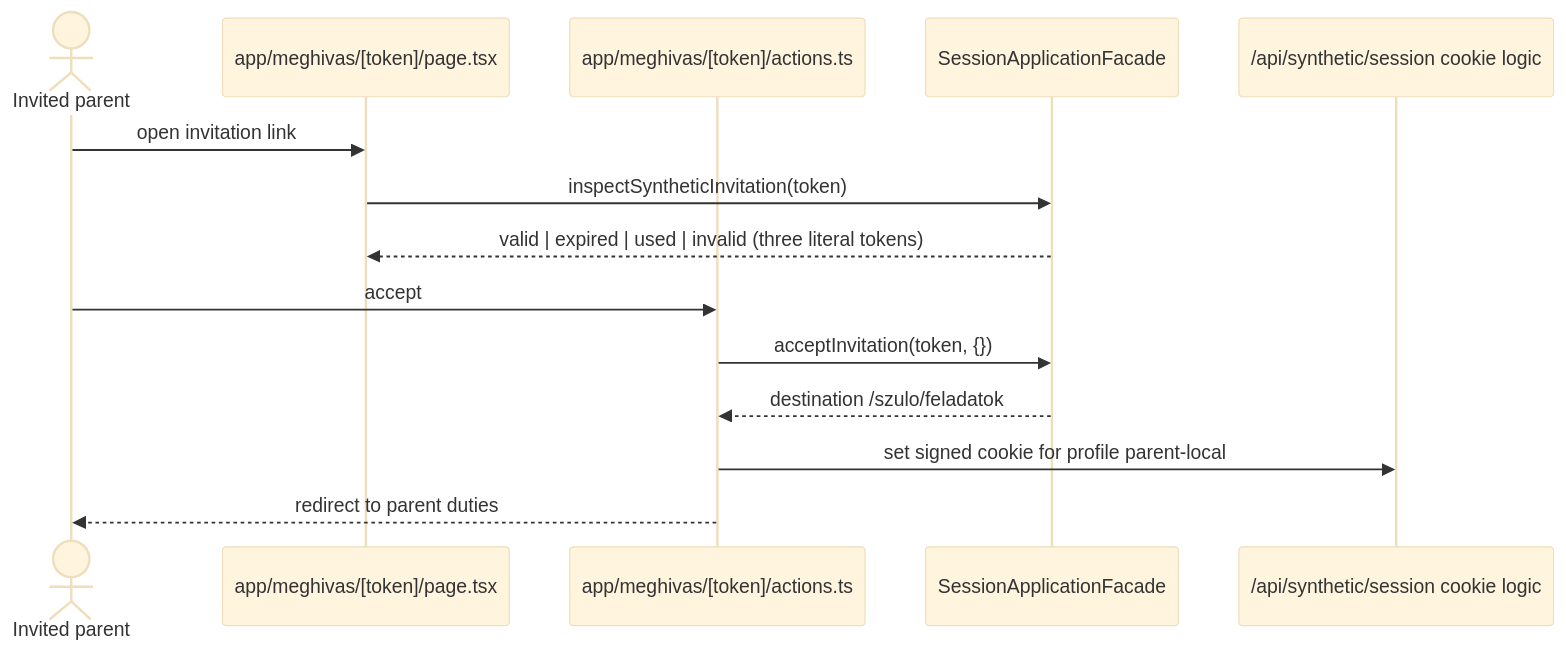
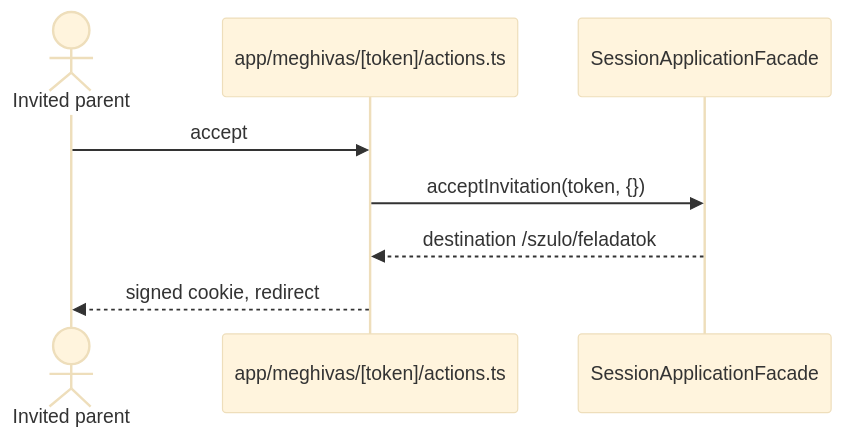
One commit to bbotond83/waldorf-community-task-manager changed the fifth of 6 diagrams in aidlc/spaces/default/codekb/waldorf-community-task-manager/architecture.md. Above: the diagram before and after it, drawn with Mermaid (base theme). The commit also changed other lines of this file and 33 other files, not shown here.

````diff
--- a/aidlc/spaces/default/codekb/waldorf-community-task-manager/architecture.md
+++ b/aidlc/spaces/default/codekb/waldorf-community-task-manager/architecture.md
@@ -196,16 +167,10 @@
 ```mermaid
 sequenceDiagram
   actor P as Invited parent
-  participant IP as app/meghivas/[token]/page.tsx
   participant IA as app/meghivas/[token]/actions.ts
   participant SG as SessionApplicationFacade
-  participant CK as /api/synthetic/session cookie logic
-  P->>IP: open invitation link
-  IP->>SG: inspectSyntheticInvitation(token)
-  SG-->>IP: valid | expired | used | invalid (three literal tokens)
   P->>IA: accept
   IA->>SG: acceptInvitation(token, {})
   SG-->>IA: destination /szulo/feladatok
-  IA->>CK: set signed cookie for profile parent-local
-  IA-->>P: redirect to parent duties
+  IA-->>P: signed cookie, redirect
 ```
````
